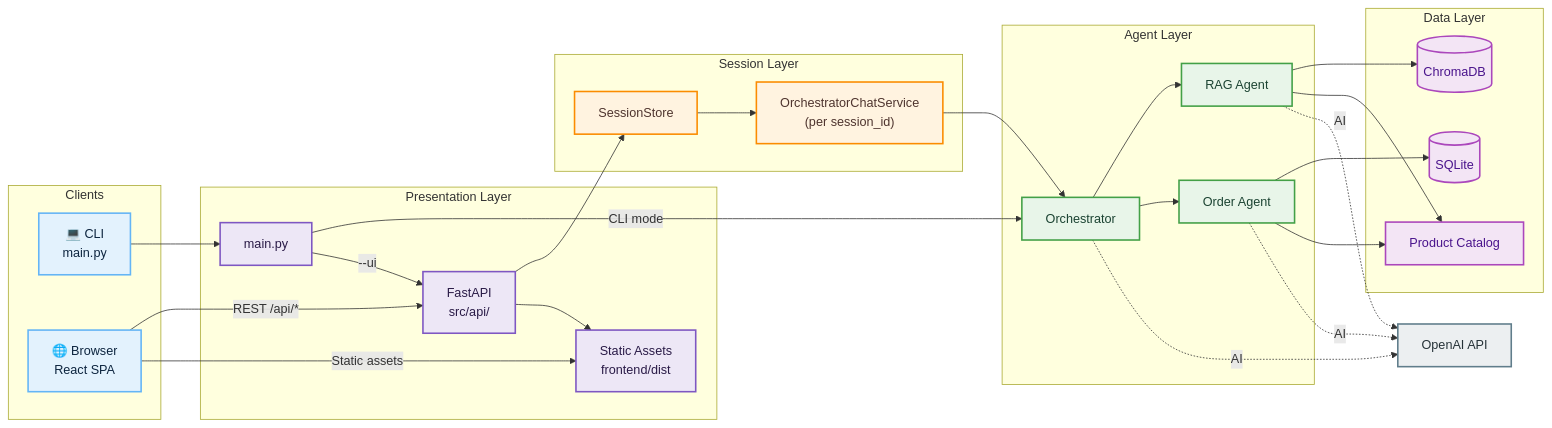
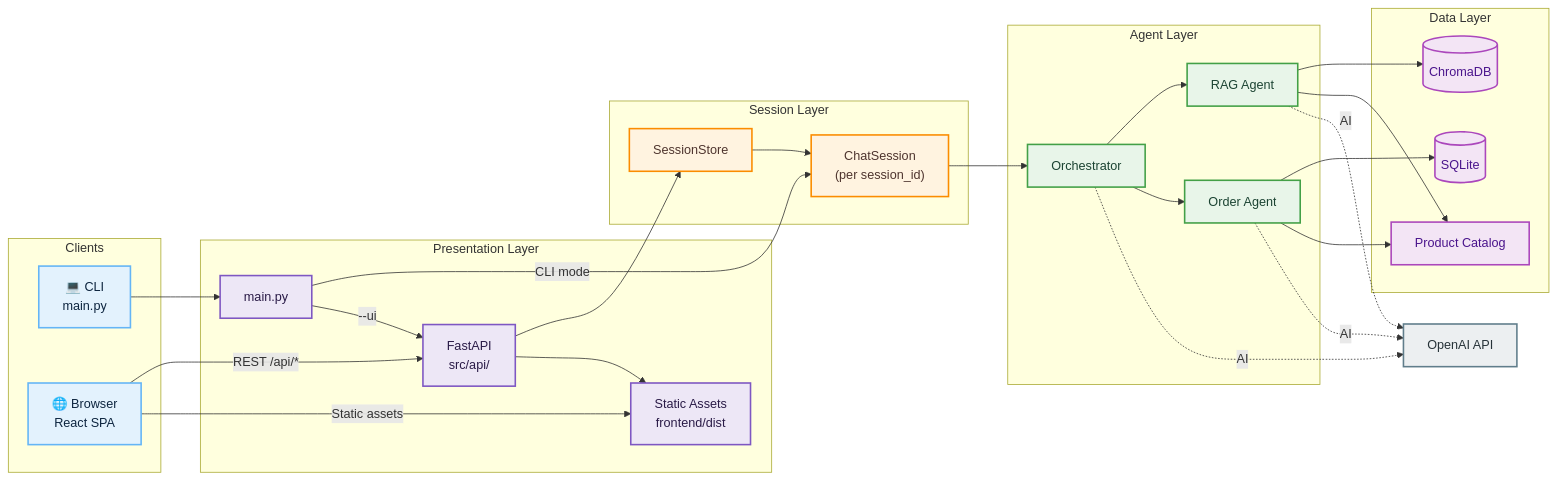
One commit to thecodingpoet/cecilia.ai changed the first of 2 diagrams in docs/architecture.md. Above: the diagram before and after it, drawn with Mermaid. The commit also changed other lines of this file and 7 other files, not shown here.

Commit message:
Refactor chat layer: move ui to chat and share ChatSession for CLI and API

```diff
--- a/docs/architecture.md
+++ b/docs/architecture.md
@@ -54,7 +54,7 @@
     %% =========================
     subgraph SESSION["Session Layer"]
         Store["SessionStore"]
-        ChatSvc["OrchestratorChatService<br/>(per session_id)"]
+        ChatSvc["ChatSession<br/>(per session_id)"]
     end
 
     %% =========================
@@ -85,7 +85,7 @@
     Browser -->|"REST /api/*"| API
     Browser -->|"Static assets"| Static
 
-    Main -->|"CLI mode"| Orch
+    Main -->|"CLI mode"| ChatSvc
     Main -->|"--ui"| API
 
     API --> Store
```
